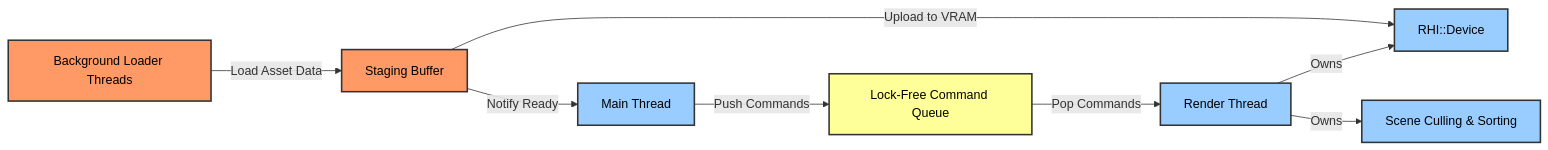
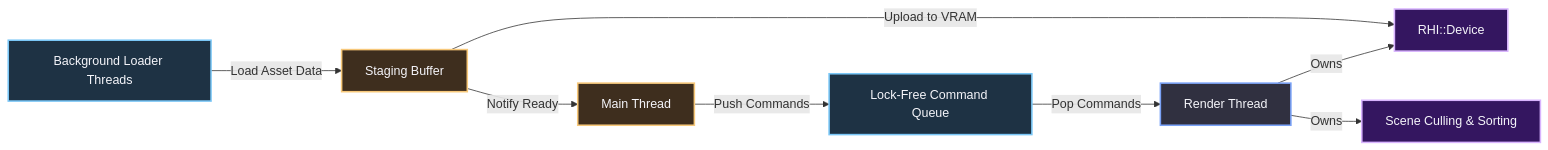
One commit to Astin-A/the-workshop changed the second of 2 diagrams in content/Engine shit/O3DE/Atomic/6 Asynchronous Asset Streaming & Multithreaded Rendering.md. Above: the diagram before and after it, drawn with Mermaid. The commit also changed other lines of this file and 24 other files, not shown here.

````diff
--- a/content/Engine shit/O3DE/Atomic/6 Asynchronous Asset Streaming & Multithreaded Rendering.md
+++ b/content/Engine shit/O3DE/Atomic/6 Asynchronous Asset Streaming & Multithreaded Rendering.md
@@ -34,18 +36,22 @@
 ```mermaid
 graph LR
     A[Main Thread] -->|Push Commands| B[Lock-Free Command Queue]
     B -->|Pop Commands| C[Render Thread]
     C -->|Owns| D[RHI::Device]
     C -->|Owns| E[Scene Culling & Sorting]
     F[Background Loader Threads] -->|Load Asset Data| G[Staging Buffer]
     G -->|Upload to VRAM| D
     G -->|Notify Ready| A
 
-    style A fill:#9cf,stroke:#333,stroke-width:2px,color:#000
-    style B fill:#ff9,stroke:#333,stroke-width:2px,color:#000
-    style C fill:#9cf,stroke:#333,stroke-width:2px,color:#000
-    style D fill:#9cf,stroke:#333,stroke-width:2px,color:#000
-    style E fill:#9cf,stroke:#333,stroke-width:2px,color:#000
-    style F fill:#f96,stroke:#333,stroke-width:2px,color:#000
-    style G fill:#f96,stroke:#333,stroke-width:2px,color:#000
+    classDef warning fill:#3e2e1e,stroke:#f7c87a,stroke-width:2px,color:#f5f5fa;
+    classDef info fill:#1e3244,stroke:#7ac7f7,stroke-width:2px,color:#f5f5fa;
+    classDef default fill:#303040,stroke:#7aa2f7,stroke-width:2px,color:#f5f5fa;
+    classDef highlight fill:#341660,stroke:#d8b4fe,stroke-width:2px,color:#f5f5fa;
+
+    class A warning;
+    class B info;
+    class C default;
+    class D,E highlight;
+    class F info;
+    class G warning;
 ```
````
